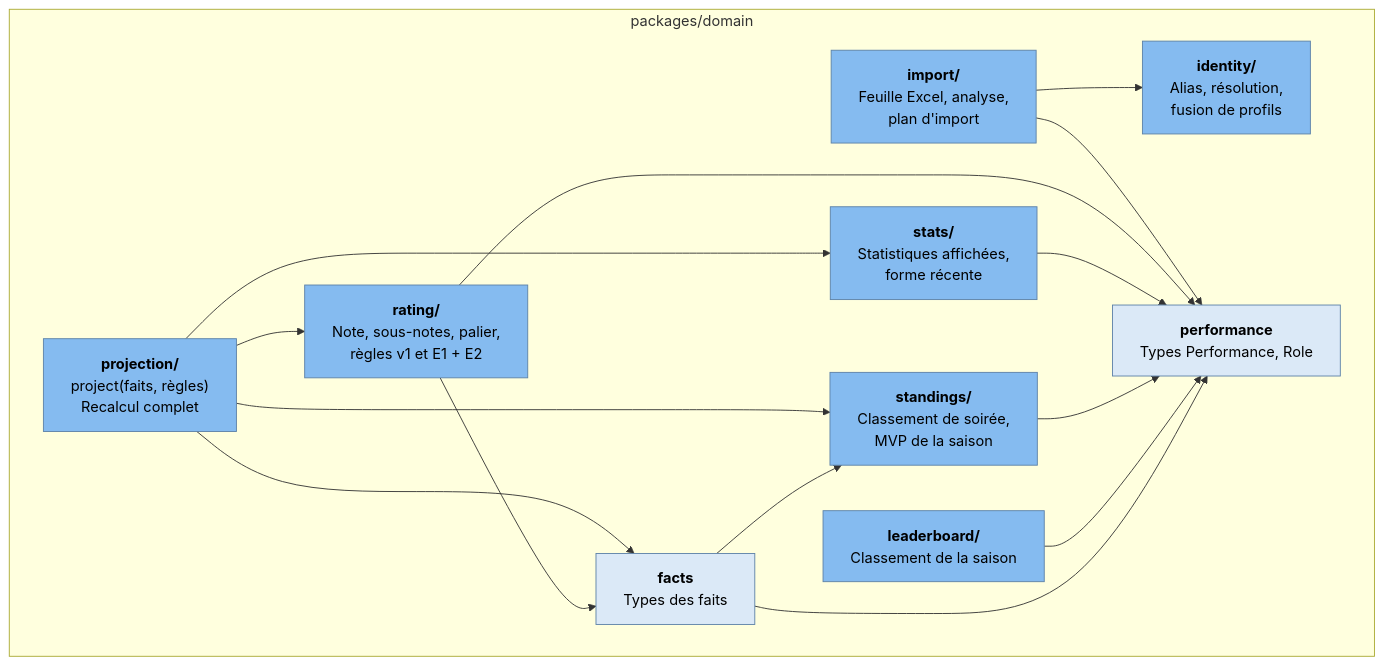
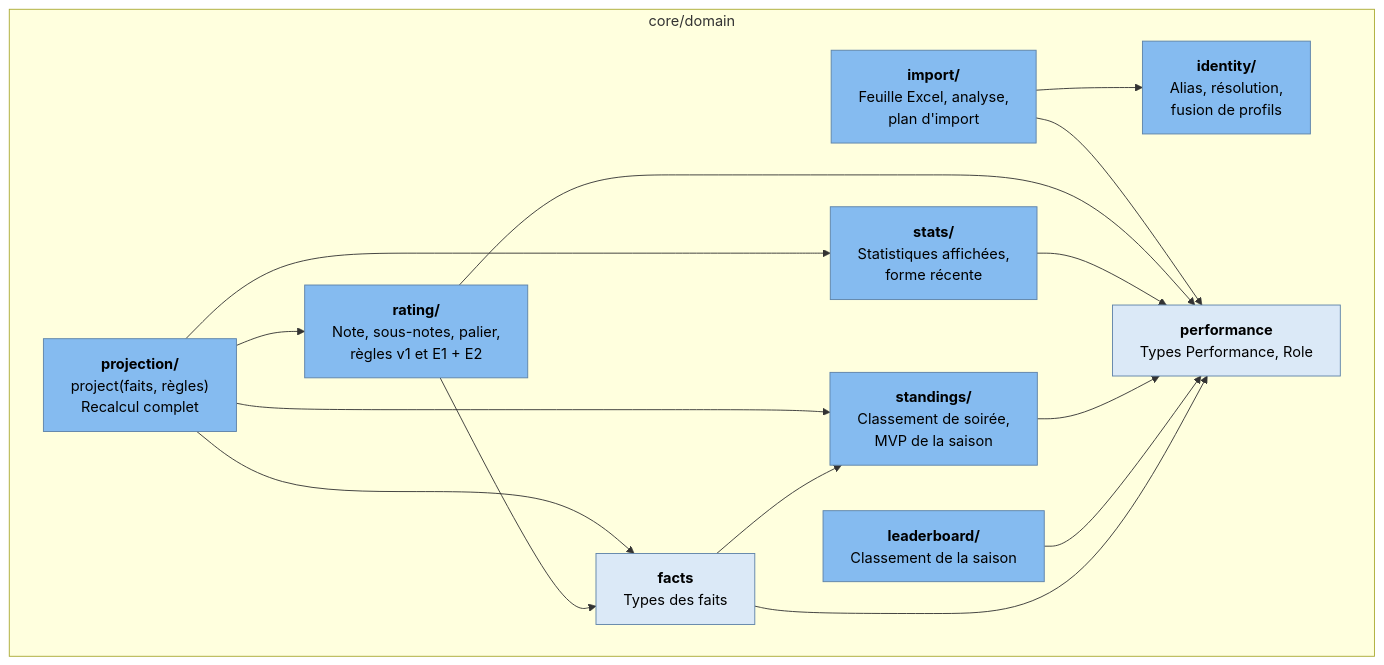
The third of 5 diagrams in docs/architecture/c4.md (Charkx/Arrakard), drawn with Mermaid before and after one commit. The commit also changed other lines of this file and 123 other files, not shown here.

````diff
--- a/docs/architecture/c4.md
+++ b/docs/architecture/c4.md
@@ -93,31 +93,31 @@
 ```mermaid
 flowchart TB
   classDef component fill:#85bbf0,stroke:#5d82a8,color:#000
   classDef shared fill:#dbe9f7,stroke:#5d82a8,color:#000
 
-  subgraph domain["packages/domain"]
+  subgraph domain["core/domain"]
     projection["<b>projection/</b><br/>project(faits, règles)<br/>Recalcul complet"]:::component
     import["<b>import/</b><br/>Feuille Excel, analyse,<br/>plan d'import"]:::component
     rating["<b>rating/</b><br/>Note, sous-notes, palier,<br/>règles v1 et E1 + E2"]:::component
     stats["<b>stats/</b><br/>Statistiques affichées,<br/>forme récente"]:::component
     standings["<b>standings/</b><br/>Classement de soirée,<br/>MVP de la saison"]:::component
     leaderboard["<b>leaderboard/</b><br/>Classement de la saison"]:::component
     identity["<b>identity/</b><br/>Alias, résolution,<br/>fusion de profils"]:::component
     facts["<b>facts</b><br/>Types des faits"]:::shared
     performance["<b>performance</b><br/>Types Performance, Role"]:::shared
   end
 
   projection --> rating
   projection --> stats
   projection --> standings
   projection --> facts
   import --> identity
   import --> performance
   rating --> facts
   rating --> performance
   stats --> performance
   standings --> performance
   leaderboard --> performance
   facts --> standings
   facts --> performance
 ```
````
